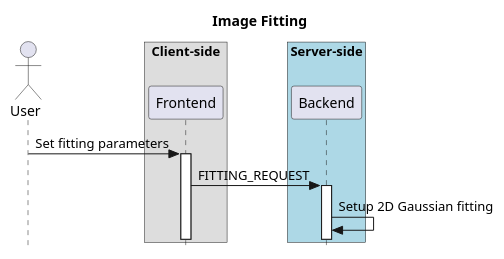
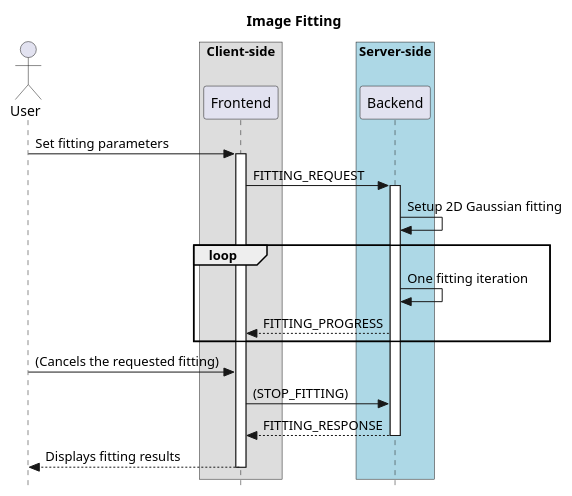
The diagram in docs/src/image_fitting.rst (CARTAvis/carta-protobuf), drawn with PlantUML before and after one commit.

```diff
--- a/docs/src/image_fitting.rst
+++ b/docs/src/image_fitting.rst
@@ -10,20 +10,30 @@
 .. uml::
     
     skinparam style strictuml
     hide footbox
     title Image Fitting
     
     actor User
     box "Client-side"
     participant Frontend
     end box
     
     box "Server-side" #lightblue
     participant Backend
     end box
 
     User -> Frontend : Set fitting parameters
     activate Frontend
     Frontend -> Backend : FITTING_REQUEST
     activate Backend
     Backend -> Backend : Setup 2D Gaussian fitting
+    loop
+        Backend -> Backend : One fitting iteration
+        Frontend <-- Backend : FITTING_PROGRESS
+    end
+    User -> Frontend : (Cancels the requested fitting)
+    Frontend -> Backend : (STOP_FITTING)
+    Frontend <-- Backend : FITTING_RESPONSE
+    deactivate Backend
+    User <-- Frontend : Displays fitting results
+    deactivate Frontend
```
